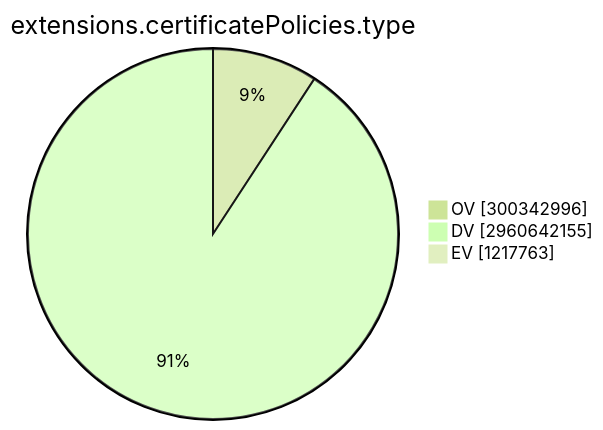
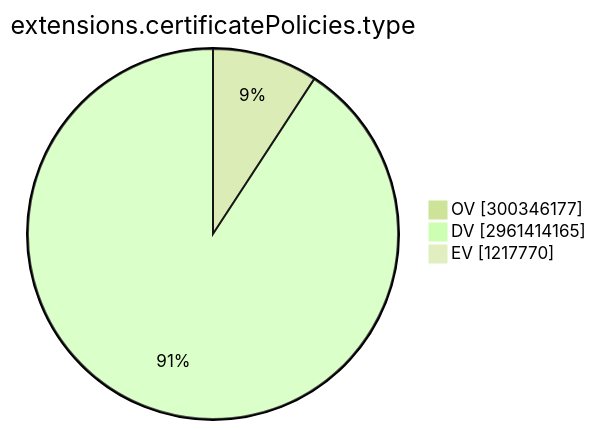
The ninth of 15 diagrams in TOTAL/README.md (christiankrug/ctmonitor_visualization), drawn with Mermaid (forest theme) before and after one commit. The commit also changed other lines of this file, not shown here.

````diff
--- a/TOTAL/README.md
+++ b/TOTAL/README.md
@@ -3101,7 +3101,7 @@
 ```mermaid
 pie showData
 title extensions.certificatePolicies.type
-"OV" :300342996
-"DV" :2960642155
-"EV" :1217763
+"OV" :300346177
+"DV" :2961414165
+"EV" :1217770
 ```
````
